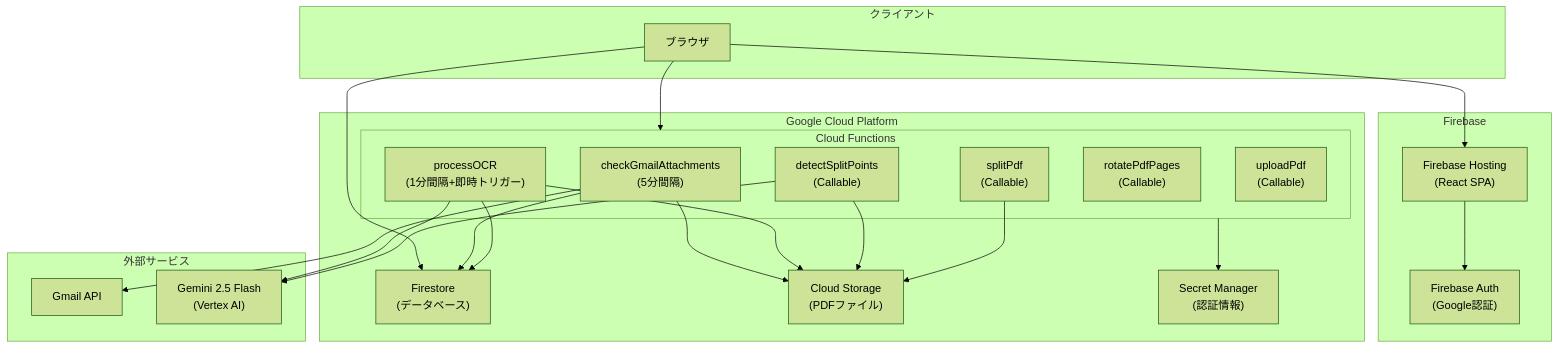
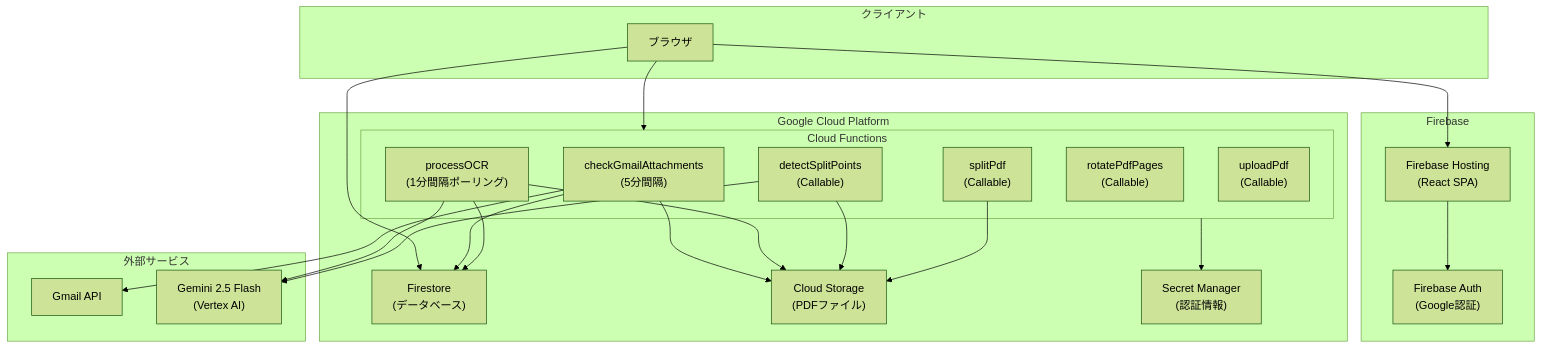
Before and after one commit to yasushi-honda/doc-split: the first of 5 diagrams in docs/architecture.md, drawn with Mermaid (forest theme). The commit also changed other lines of this file and 1 other file, not shown here.

First line of the commit message:
docs: ADR-0010反映漏れ修正（processOCROnCreate廃止をドキュメントに反映）

````diff
--- a/docs/architecture.md
+++ b/docs/architecture.md
@@ -5,50 +5,50 @@
 ```mermaid
 flowchart TB
     subgraph Client["クライアント"]
         Browser["ブラウザ"]
     end
 
     subgraph Firebase["Firebase"]
         Hosting["Firebase Hosting<br/>(React SPA)"]
         Auth["Firebase Auth<br/>(Google認証)"]
     end
 
     subgraph GCP["Google Cloud Platform"]
         subgraph Functions["Cloud Functions"]
             CheckGmail["checkGmailAttachments<br/>(5分間隔)"]
-            ProcessOCR["processOCR<br/>(1分間隔+即時トリガー)"]
+            ProcessOCR["processOCR<br/>(1分間隔ポーリング)"]
             DetectSplit["detectSplitPoints<br/>(Callable)"]
             SplitPdf["splitPdf<br/>(Callable)"]
             RotatePdf["rotatePdfPages<br/>(Callable)"]
             UploadPdf["uploadPdf<br/>(Callable)"]
         end
 
         Firestore["Firestore<br/>(データベース)"]
         Storage["Cloud Storage<br/>(PDFファイル)"]
         SecretManager["Secret Manager<br/>(認証情報)"]
     end
 
     subgraph External["外部サービス"]
         Gmail["Gmail API"]
         Gemini["Gemini 2.5 Flash<br/>(Vertex AI)"]
     end
 
     Browser --> Hosting
     Hosting --> Auth
     Browser --> Firestore
     Browser --> Functions
 
     CheckGmail --> Gmail
     CheckGmail --> Storage
     CheckGmail --> Firestore
 
     ProcessOCR --> Storage
     ProcessOCR --> Gemini
     ProcessOCR --> Firestore
 
     DetectSplit --> Storage
     DetectSplit --> Gemini
     SplitPdf --> Storage
 
     Functions --> SecretManager
 ```
````
